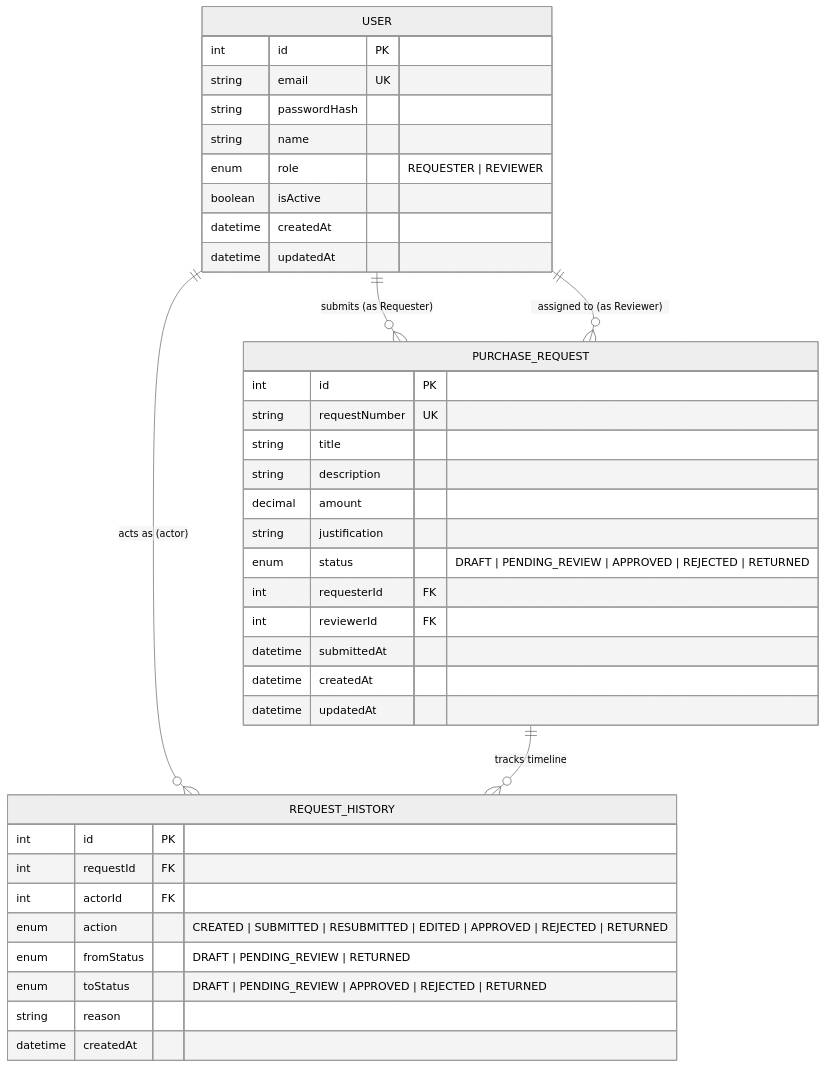
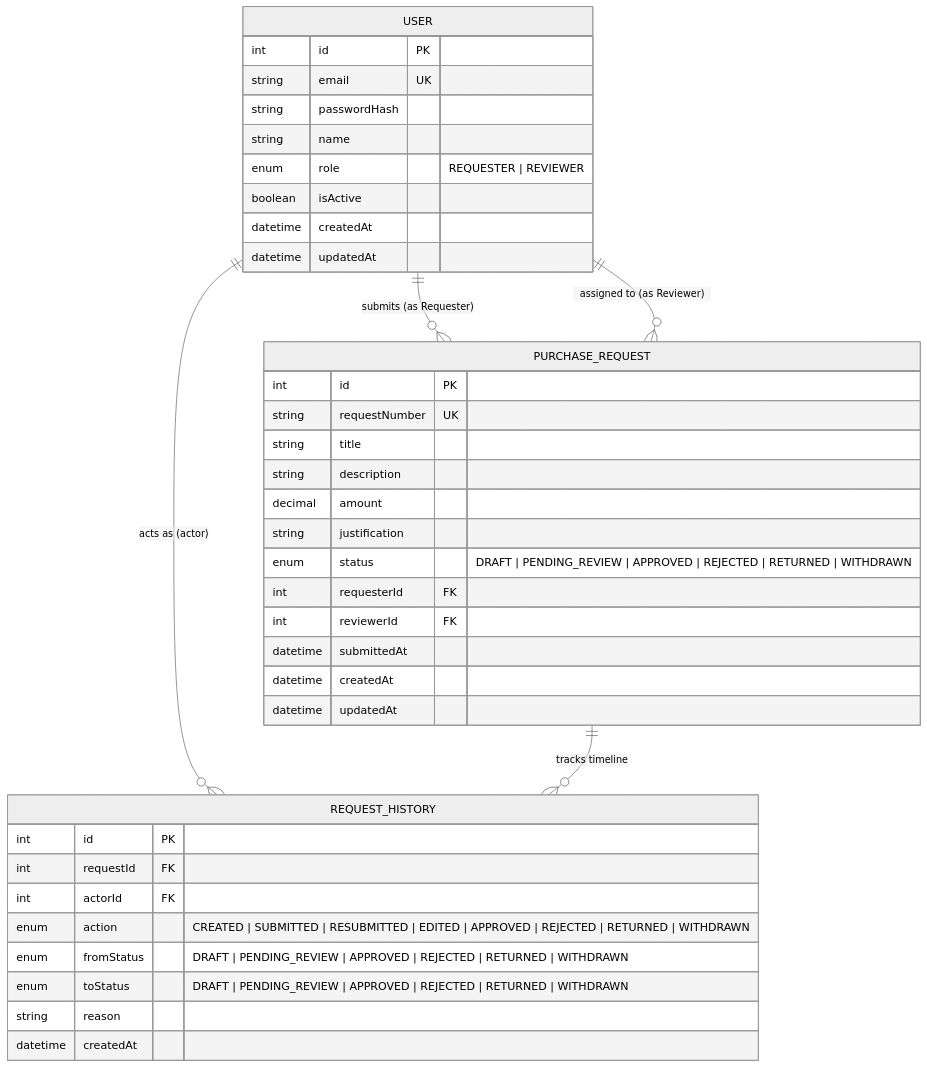
The second of 5 diagrams in document/sds.md (bravefe/Software-Engineer-2), drawn with Mermaid (neutral theme) before and after one commit. The commit also changed other lines of this file and 4 other files, not shown here.

````diff
--- a/document/sds.md
+++ b/document/sds.md
@@ -175,44 +176,44 @@
 ```mermaid
 erDiagram
     USER ||--o{ PURCHASE_REQUEST : "submits (as Requester)"
     USER ||--o{ PURCHASE_REQUEST : "assigned to (as Reviewer)"
     USER ||--o{ REQUEST_HISTORY : "acts as (actor)"
     PURCHASE_REQUEST ||--o{ REQUEST_HISTORY : "tracks timeline"
 
     USER {
         int id PK
         string email UK
         string passwordHash
         string name
         enum role "REQUESTER | REVIEWER"
         boolean isActive
         datetime createdAt
         datetime updatedAt
     }
 
     PURCHASE_REQUEST {
         int id PK
         string requestNumber UK
         string title
         string description
         decimal amount
         string justification
-        enum status "DRAFT | PENDING_REVIEW | APPROVED | REJECTED | RETURNED"
+        enum status "DRAFT | PENDING_REVIEW | APPROVED | REJECTED | RETURNED | WITHDRAWN"
         int requesterId FK
         int reviewerId FK
         datetime submittedAt
         datetime createdAt
         datetime updatedAt
     }
 
     REQUEST_HISTORY {
         int id PK
         int requestId FK
         int actorId FK
-        enum action "CREATED | SUBMITTED | RESUBMITTED | EDITED | APPROVED | REJECTED | RETURNED"
-        enum fromStatus "DRAFT | PENDING_REVIEW | RETURNED"
-        enum toStatus "DRAFT | PENDING_REVIEW | APPROVED | REJECTED | RETURNED"
+        enum action "CREATED | SUBMITTED | RESUBMITTED | EDITED | APPROVED | REJECTED | RETURNED | WITHDRAWN"
+        enum fromStatus "DRAFT | PENDING_REVIEW | APPROVED | REJECTED | RETURNED | WITHDRAWN"
+        enum toStatus "DRAFT | PENDING_REVIEW | APPROVED | REJECTED | RETURNED | WITHDRAWN"
         string reason
         datetime createdAt
     }
 ```
````
